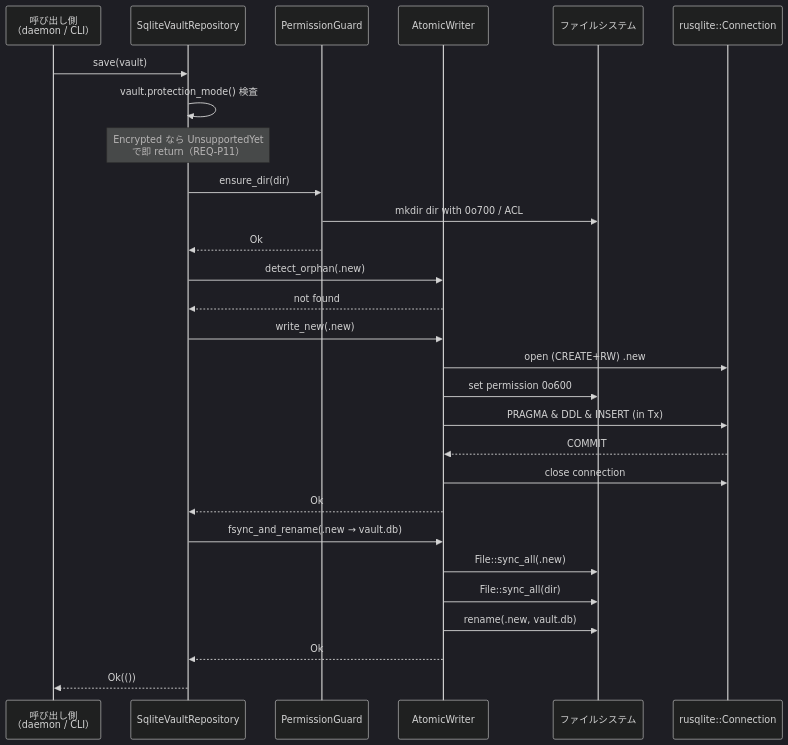
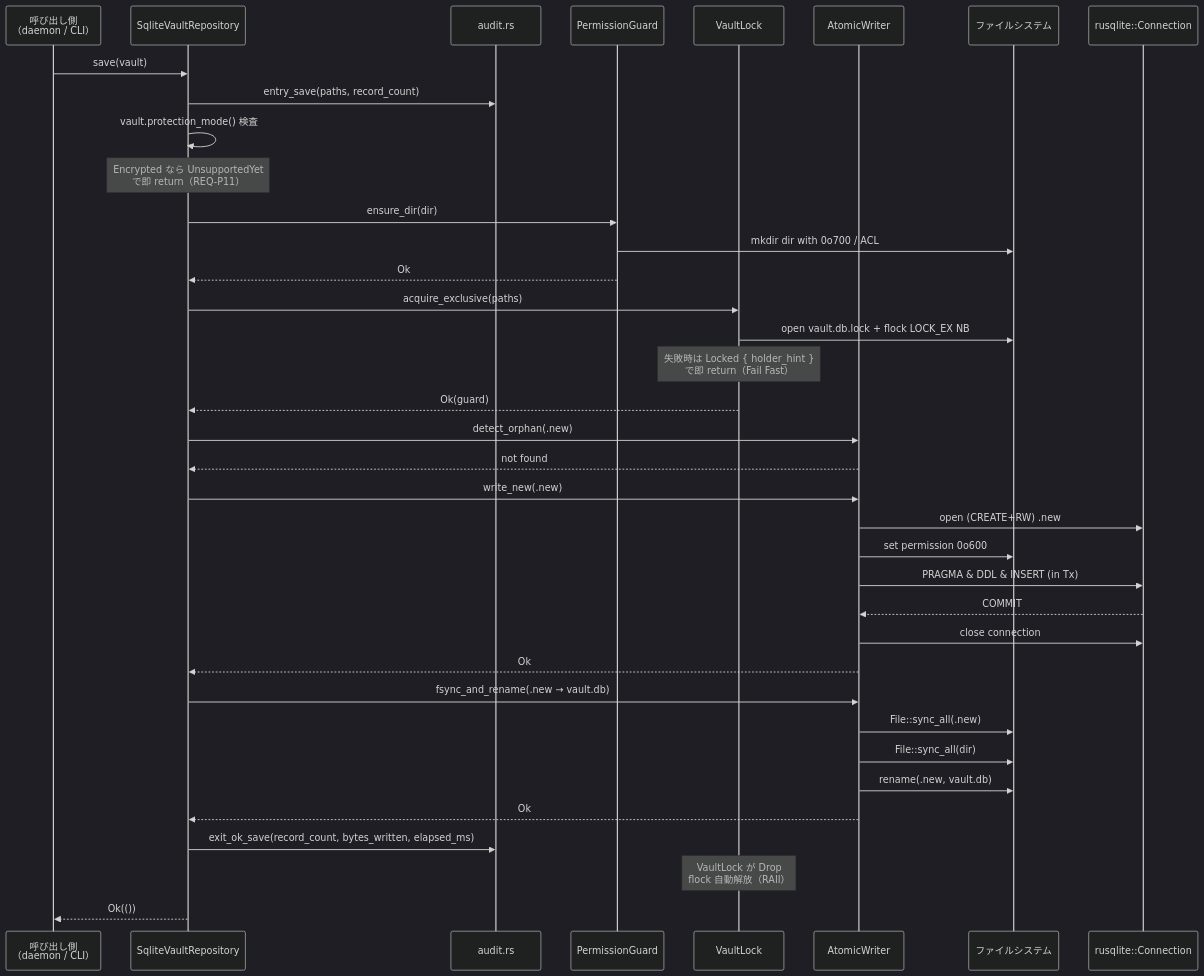
One commit to shikomi-dev/shikomi changed the second of 5 diagrams in docs/features/vault-persistence/basic-design.md. Above: the diagram before and after it, drawn with Mermaid (dark theme). The commit also changed other lines of this file and 7 other files, not shown here.

````diff
--- a/docs/features/vault-persistence/basic-design.md
+++ b/docs/features/vault-persistence/basic-design.md
@@ -207,31 +233,40 @@
 ```mermaid
 sequenceDiagram
     participant Caller as 呼び出し側<br/>（daemon / CLI）
     participant Repo as SqliteVaultRepository
+    participant Audit as audit.rs
     participant Perm as PermissionGuard
+    participant Lock as VaultLock
     participant Atomic as AtomicWriter
     participant FS as ファイルシステム
     participant SQL as rusqlite::Connection
 
     Caller->>Repo: save(vault)
+    Repo->>Audit: entry_save(paths, record_count)
     Repo->>Repo: vault.protection_mode() 検査
     Note over Repo: Encrypted なら UnsupportedYet<br/>で即 return（REQ-P11）
     Repo->>Perm: ensure_dir(dir)
     Perm->>FS: mkdir dir with 0o700 / ACL
     Perm-->>Repo: Ok
+    Repo->>Lock: acquire_exclusive(paths)
+    Lock->>FS: open vault.db.lock + flock LOCK_EX NB
+    Note over Lock: 失敗時は Locked { holder_hint }<br/>で即 return（Fail Fast）
+    Lock-->>Repo: Ok(guard)
     Repo->>Atomic: detect_orphan(.new)
     Atomic-->>Repo: not found
     Repo->>Atomic: write_new(.new)
     Atomic->>SQL: open (CREATE+RW) .new
     Atomic->>FS: set permission 0o600
     Atomic->>SQL: PRAGMA & DDL & INSERT (in Tx)
     SQL-->>Atomic: COMMIT
     Atomic->>SQL: close connection
     Atomic-->>Repo: Ok
     Repo->>Atomic: fsync_and_rename(.new → vault.db)
     Atomic->>FS: File::sync_all(.new)
     Atomic->>FS: File::sync_all(dir)
     Atomic->>FS: rename(.new, vault.db)
     Atomic-->>Repo: Ok
+    Repo->>Audit: exit_ok_save(record_count, bytes_written, elapsed_ms)
+    Note over Lock: VaultLock が Drop<br/>flock 自動解放（RAII）
     Repo-->>Caller: Ok(())
 ```
````
